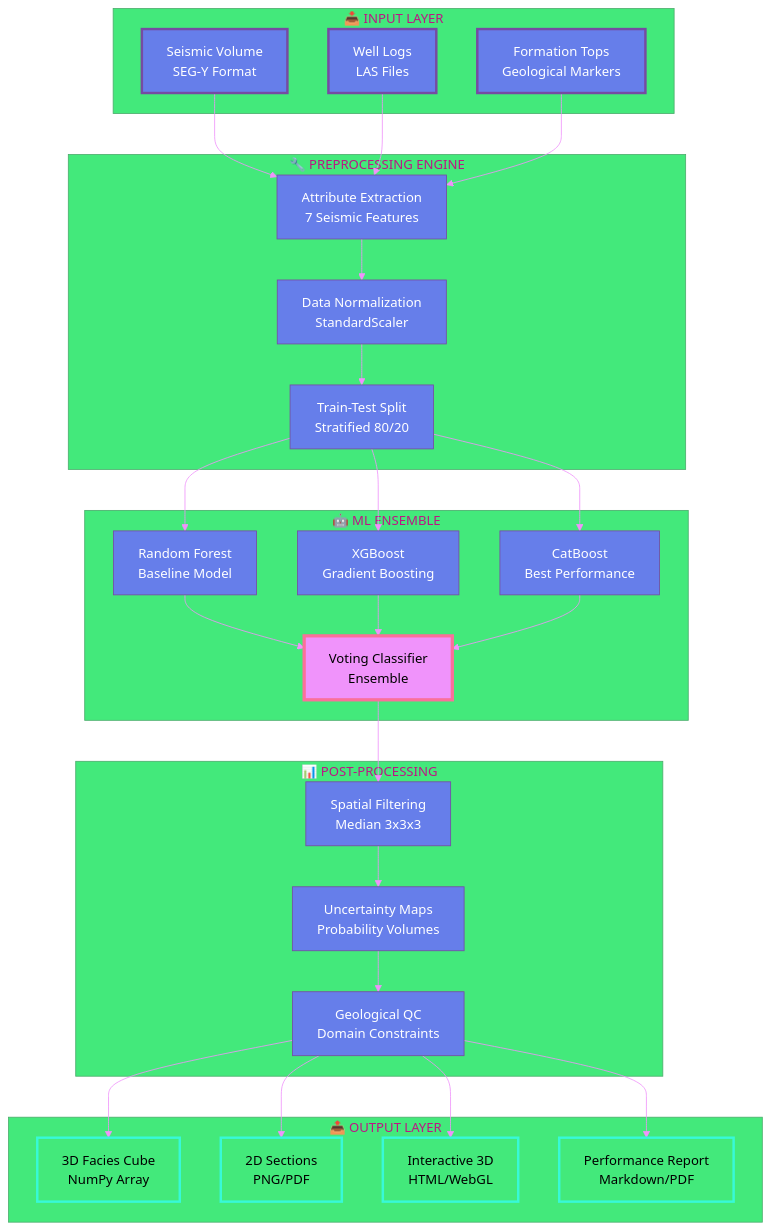
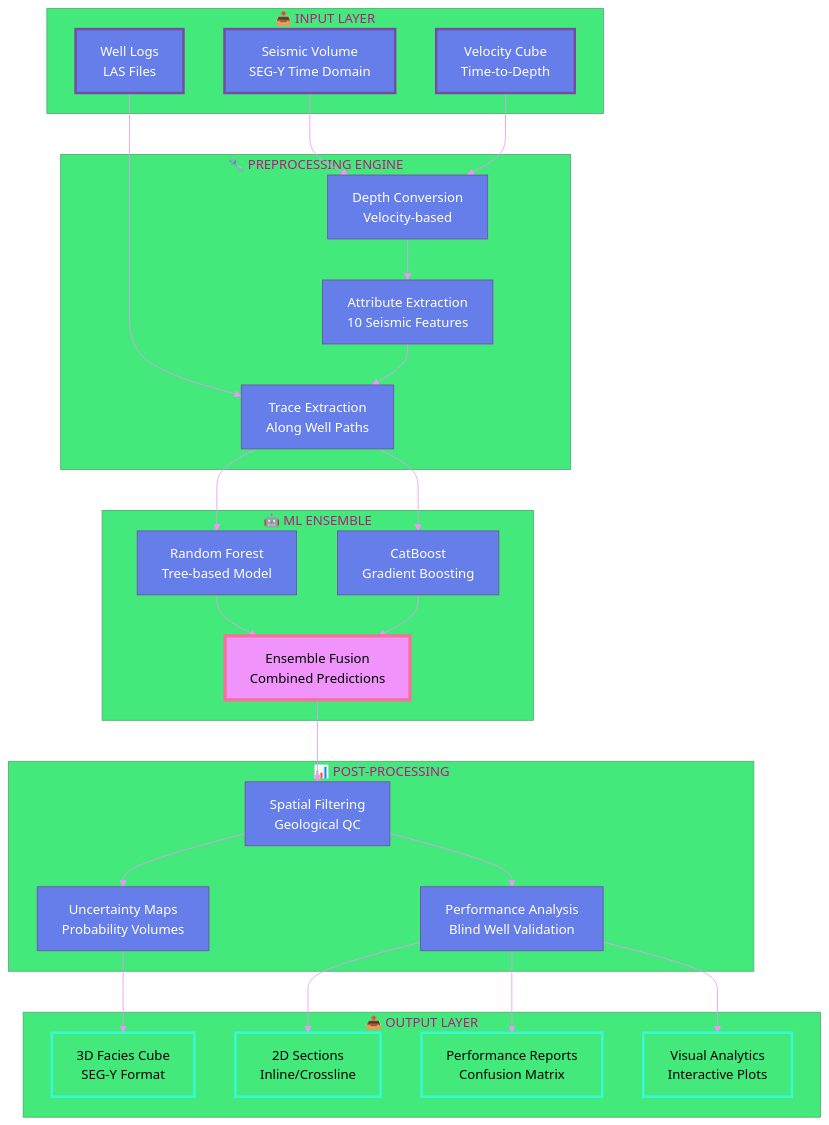
Before and after one commit to Ashraf-ISM/SPG-HACKATHON-2025: the diagram in README.md, drawn with Mermaid. The commit also changed other lines of this file, not shown here.

````diff
--- a/README.md
+++ b/README.md
@@ -277,64 +220,61 @@
 ```mermaid
 %%{init: {'theme':'base', 'themeVariables': { 'primaryColor':'#667eea','primaryTextColor':'#fff','primaryBorderColor':'#764ba2','lineColor':'#f093fb','secondaryColor':'#4facfe','tertiaryColor':'#43e97b'}}}%%
 
 graph TB
     subgraph "📥 INPUT LAYER"
-        A[Seismic Volume<br/>SEG-Y Format]
+        A[Seismic Volume<br/>SEG-Y Time Domain]
         B[Well Logs<br/>LAS Files]
-        C[Formation Tops<br/>Geological Markers]
+        C[Velocity Cube<br/>Time-to-Depth]
     end
     
     subgraph "🔧 PREPROCESSING ENGINE"
-        D[Attribute Extraction<br/>7 Seismic Features]
-        E[Data Normalization<br/>StandardScaler]
-        F[Train-Test Split<br/>Stratified 80/20]
+        D[Depth Conversion<br/>Velocity-based]
+        E[Attribute Extraction<br/>10 Seismic Features]
+        F[Trace Extraction<br/>Along Well Paths]
     end
     
     subgraph "🤖 ML ENSEMBLE"
-        G[Random Forest<br/>Baseline Model]
-        H[XGBoost<br/>Gradient Boosting]
-        I[CatBoost<br/>Best Performance]
-        J[Voting Classifier<br/>Ensemble]
+        G[Random Forest<br/>Tree-based Model]
+        H[CatBoost<br/>Gradient Boosting]
+        I[Ensemble Fusion<br/>Combined Predictions]
     end
     
     subgraph "📊 POST-PROCESSING"
-        K[Spatial Filtering<br/>Median 3x3x3]
-        L[Uncertainty Maps<br/>Probability Volumes]
-        M[Geological QC<br/>Domain Constraints]
+        J[Spatial Filtering<br/>Geological QC]
+        K[Uncertainty Maps<br/>Probability Volumes]
+        L[Performance Analysis<br/>Blind Well Validation]
     end
     
     subgraph "📤 OUTPUT LAYER"
-        N[3D Facies Cube<br/>NumPy Array]
-        O[2D Sections<br/>PNG/PDF]
-        P[Interactive 3D<br/>HTML/WebGL]
-        Q[Performance Report<br/>Markdown/PDF]
+        M[3D Facies Cube<br/>SEG-Y Format]
+        N[2D Sections<br/>Inline/Crossline]
+        O[Performance Reports<br/>Confusion Matrix]
+        P[Visual Analytics<br/>Interactive Plots]
     end
     
     A --> D
-    B --> D
     C --> D
+    B --> F
     D --> E
     E --> F
     F --> G
     F --> H
-    F --> I
-    G --> J
-    H --> J
+    G --> I
+    H --> I
     I --> J
     J --> K
-    K --> L
-    L --> M
-    M --> N
-    M --> O
-    M --> P
-    M --> Q
+    J --> L
+    K --> M
+    L --> N
+    L --> O
+    L --> P
     
     style A fill:#667eea,stroke:#764ba2,stroke-width:3px,color:#fff
     style B fill:#667eea,stroke:#764ba2,stroke-width:3px,color:#fff
     style C fill:#667eea,stroke:#764ba2,stroke-width:3px,color:#fff
-    style J fill:#f093fb,stroke:#fa709a,stroke-width:4px,color:#000
+    style I fill:#f093fb,stroke:#fa709a,stroke-width:4px,color:#000
+    style M fill:#43e97b,stroke:#38f9d7,stroke-width:3px,color:#000
     style N fill:#43e97b,stroke:#38f9d7,stroke-width:3px,color:#000
     style O fill:#43e97b,stroke:#38f9d7,stroke-width:3px,color:#000
     style P fill:#43e97b,stroke:#38f9d7,stroke-width:3px,color:#000
-    style Q fill:#43e97b,stroke:#38f9d7,stroke-width:3px,color:#000
 ```
````
